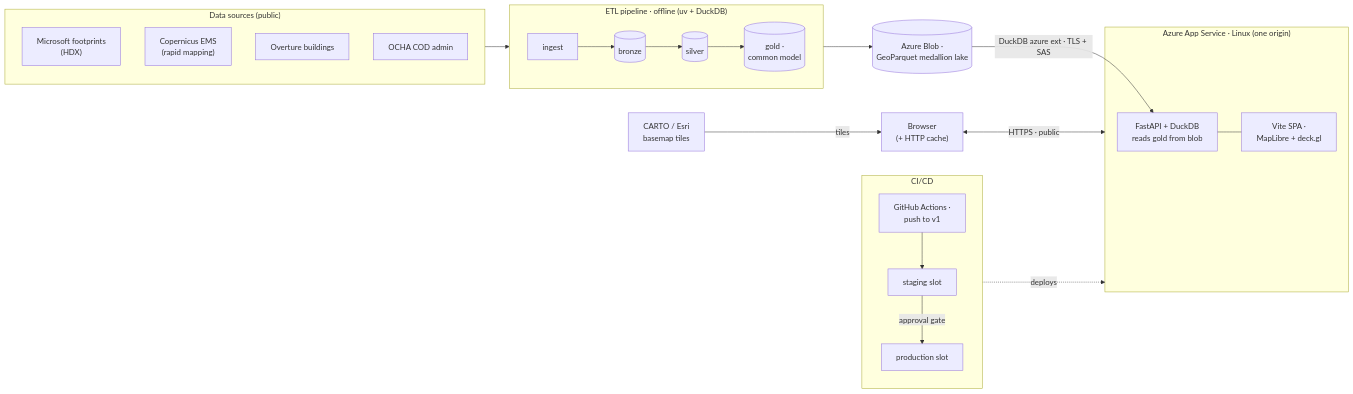
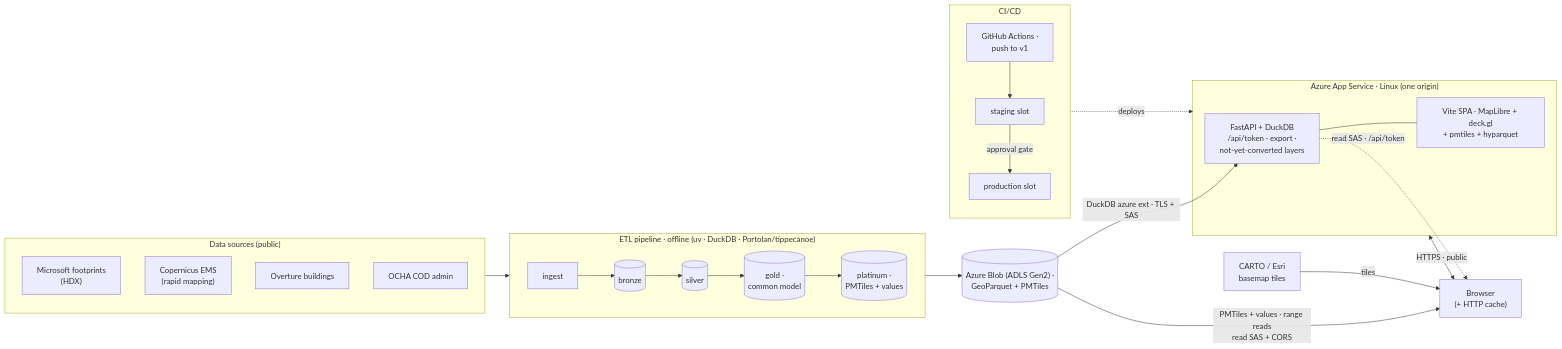
One commit to OCHA-DAP/ds-geospatial-impact-estimates changed the diagram in docs/architecture.md. Above: the diagram before and after it, drawn with Mermaid. The commit also changed other lines of this file and 2 other files, not shown here.

First line of the commit message:
docs: ADR-0011 + architecture + roadmap for v2 client-side serving

````diff
--- a/docs/architecture.md
+++ b/docs/architecture.md
@@ -7,36 +9,38 @@
 ```mermaid
 flowchart LR
     subgraph sources["Data sources (public)"]
         ms["Microsoft footprints<br/>(HDX)"]
         cems["Copernicus EMS<br/>(rapid mapping)"]
         ovt["Overture buildings"]
         cod["OCHA COD admin"]
     end
 
-    subgraph etl["ETL pipeline · offline (uv + DuckDB)"]
+    subgraph etl["ETL pipeline · offline (uv · DuckDB · Portolan/tippecanoe)"]
         direction LR
-        ingest["ingest"] --> bronze[("bronze")] --> silver[("silver")] --> gold[("gold ·<br/>common model")]
+        ingest["ingest"] --> bronze[("bronze")] --> silver[("silver")] --> gold[("gold ·<br/>common model")] --> plat[("platinum ·<br/>PMTiles + values")]
     end
 
-    blob[("Azure Blob ·<br/>GeoParquet medallion lake")]
+    blob[("Azure Blob (ADLS Gen2) ·<br/>GeoParquet + PMTiles")]
 
     subgraph app["Azure App Service · Linux (one origin)"]
-        api["FastAPI + DuckDB<br/>reads gold from blob"]
-        spa["Vite SPA ·<br/>MapLibre + deck.gl"]
+        api["FastAPI + DuckDB<br/>/api/token · export ·<br/>not-yet-converted layers"]
+        spa["Vite SPA · MapLibre + deck.gl<br/>+ pmtiles + hyparquet"]
         api --- spa
     end
 
     browser["Browser<br/>(+ HTTP cache)"]
     basemap["CARTO / Esri<br/>basemap tiles"]
 
     sources --> etl --> blob
     blob -->|"DuckDB azure ext · TLS + SAS"| api
     browser <-->|"HTTPS · public"| app
+    blob -->|"PMTiles + values · range reads<br/>read SAS + CORS"| browser
+    api -.->|"read SAS · /api/token"| browser
     basemap -->|tiles| browser
 
     subgraph cicd["CI/CD"]
         gh["GitHub Actions ·<br/>push to v1"] --> stg["staging slot"]
         stg -->|"approval gate"| prod["production slot"]
     end
     cicd -.->|deploys| app
 ```
````
